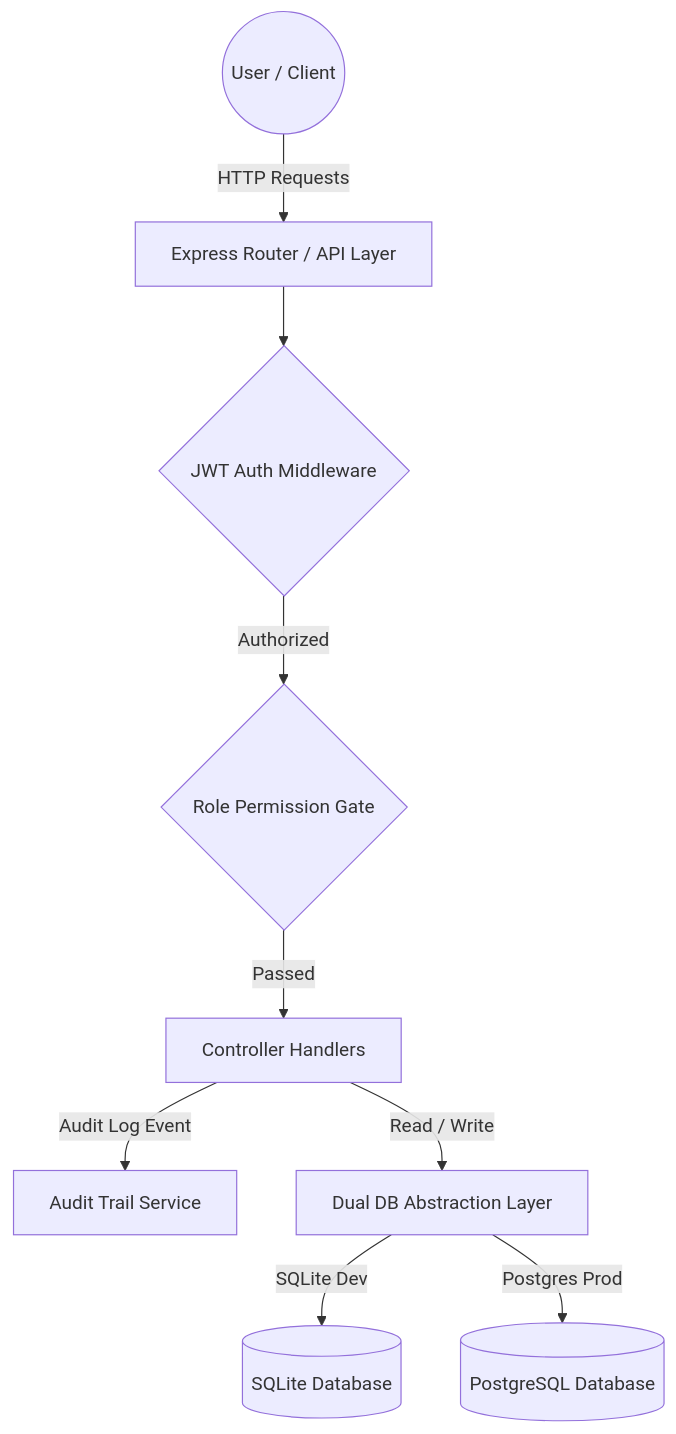
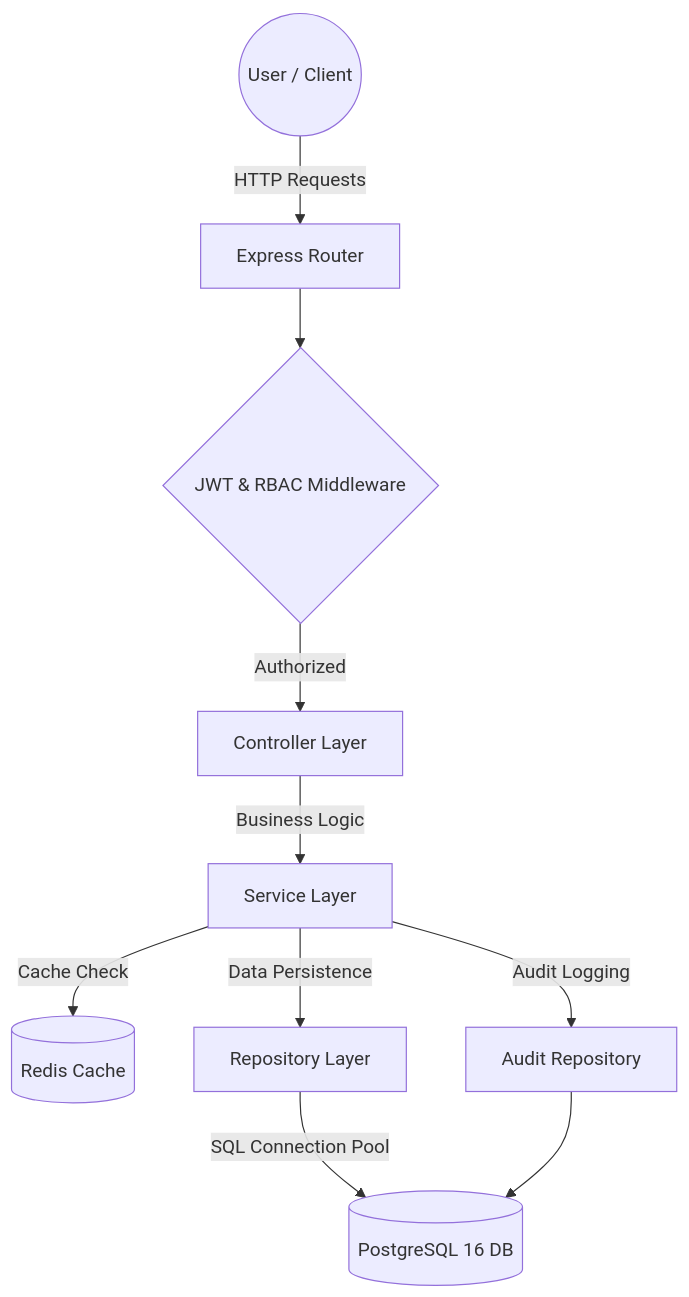
Before and after one commit to G-Gowthamr/MediVault--Enterprise-Pharmacy-And-Inventory-Operating-System: the diagram in README.md, drawn with Mermaid. The commit also changed other lines of this file and 41 other files, not shown here.

Commit message:
feat: migrate MediVault to PostgreSQL and Redis with Layered Monolithic Architecture

````diff
--- a/README.md
+++ b/README.md
@@ -58,11 +58,12 @@
 ```mermaid
 graph TD
-    User((User / Client)) -->|HTTP Requests| Router[Express Router / API Layer]
-    Router --> AuthMid{JWT Auth Middleware}
-    AuthMid -->|Authorized| RoleMid{Role Permission Gate}
-    RoleMid -->|Passed| Controller[Controller Handlers]
-    Controller -->|Audit Log Event| Audit[Audit Trail Service]
-    Controller -->|Read / Write| DBAdapter[Dual DB Abstraction Layer]
-    DBAdapter -->|SQLite Dev| SQLite[(SQLite Database)]
-    DBAdapter -->|Postgres Prod| PG[(PostgreSQL Database)]
+    User((User / Client)) -->|HTTP Requests| Express[Express Router]
+    Express --> AuthMid{JWT & RBAC Middleware}
+    AuthMid -->|Authorized| Controllers[Controller Layer]
+    Controllers -->|Business Logic| Services[Service Layer]
+    Services -->|Cache Check| Redis[(Redis Cache)]
+    Services -->|Data Persistence| Repositories[Repository Layer]
+    Repositories -->|SQL Connection Pool| PostgreSQL[(PostgreSQL 16 DB)]
+    Services -->|Audit Logging| AuditRepo[Audit Repository]
+    AuditRepo --> PostgreSQL
 ```
````
